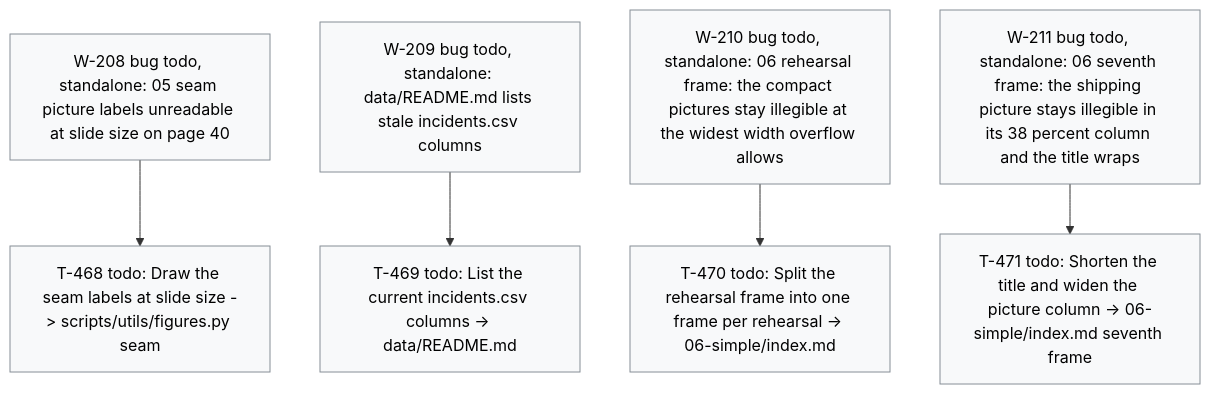
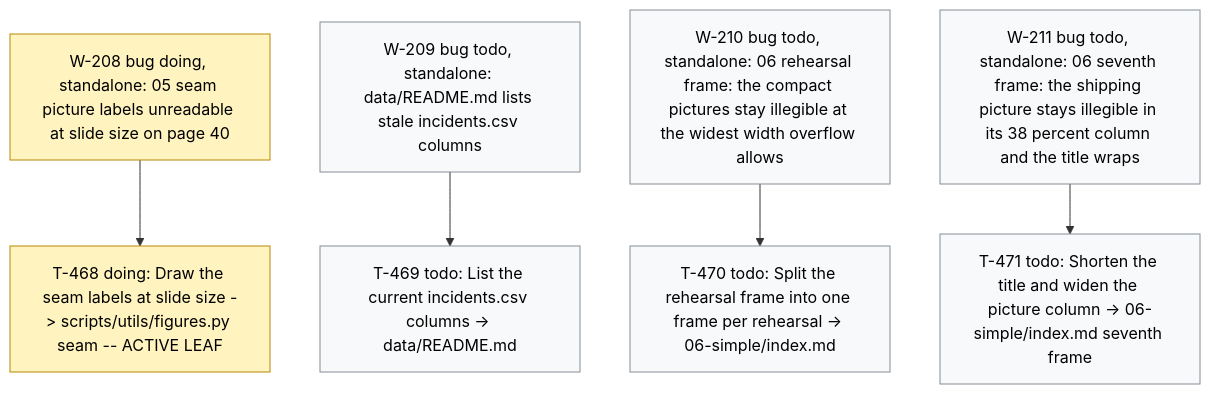
The diagram in .board/BOARD.md (dpopchev/chaos-to-simple), drawn with Mermaid before and after one commit. The commit also changed other lines of this file and 2 other files, not shown here.

Commit message:
chore(board): activate W-208, start T-468
Refs: W-208 T-468

````diff
--- a/.board/BOARD.md
+++ b/.board/BOARD.md
@@ -1229,17 +1229,18 @@
 ```mermaid
 flowchart TD
-  W208["W-208 bug todo, standalone: 05 seam picture labels unreadable at slide size on page 40"]
-  W208 --> T468["T-468 todo: Draw the seam labels at slide size -> scripts/utils/figures.py seam"]
+  W208["W-208 bug doing, standalone: 05 seam picture labels unreadable at slide size on page 40"]
+  W208 --> T468["T-468 doing: Draw the seam labels at slide size -> scripts/utils/figures.py seam -- ACTIVE LEAF"]
   W209["W-209 bug todo, standalone: data/README.md lists stale incidents.csv columns"]
   W209 --> T469["T-469 todo: List the current incidents.csv columns -> data/README.md"]
   W210["W-210 bug todo, standalone: 06 rehearsal frame: the compact pictures stay illegible at the widest width overflow allows"]
   W210 --> T470["T-470 todo: Split the rehearsal frame into one frame per rehearsal -> 06-simple/index.md"]
   W211["W-211 bug todo, standalone: 06 seventh frame: the shipping picture stays illegible in its 38 percent column and the title wraps"]
   W211 --> T471["T-471 todo: Shorten the title and widen the picture column -> 06-simple/index.md seventh frame"]
   classDef doing fill:#fff3bf,stroke:#b58900,color:#000;
   classDef blocked fill:#ffe3e3,stroke:#c92a2a,color:#000;
   classDef done fill:#e6ffed,stroke:#2b8a3e,color:#000;
   classDef todo fill:#f8f9fa,stroke:#868e96,color:#000;
   classDef pruned fill:#f1f3f5,stroke:#adb5bd,color:#000;
-  class W208,T468,W209,T469,W210,T470,W211,T471 todo
+  class W208,T468 doing
+  class W209,T469,W210,T470,W211,T471 todo
 ```
````
